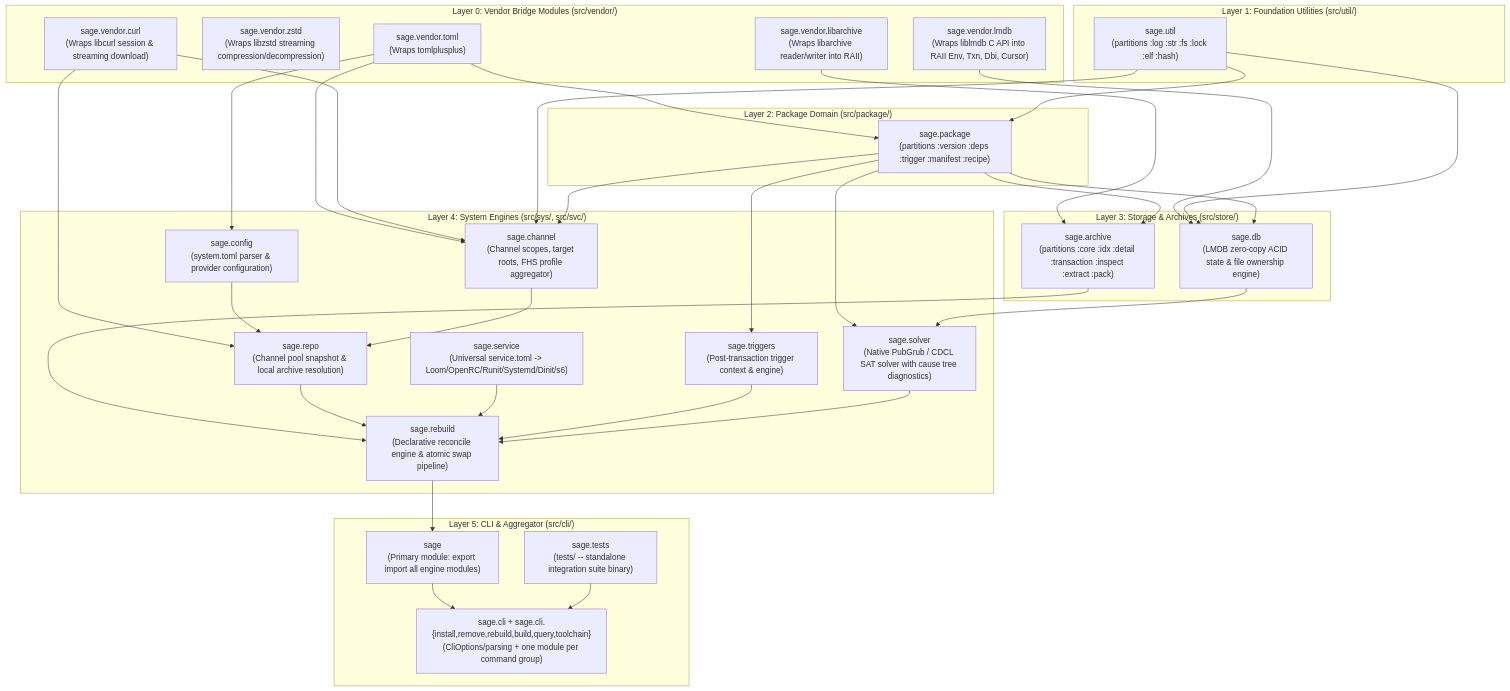
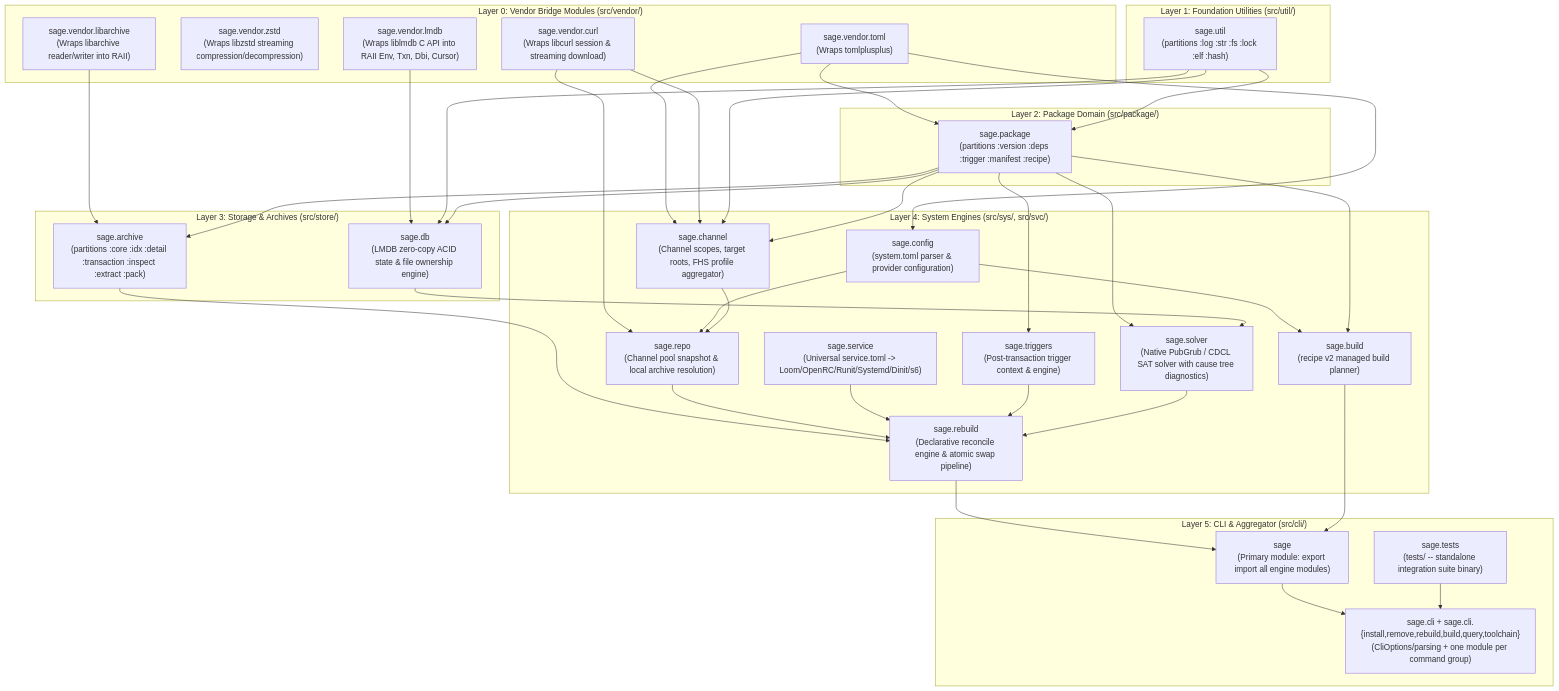
Before and after one commit to sclinuxdev/sage: the diagram in docs/MODULES.md, drawn with Mermaid. The commit also changed other lines of this file and 31 other files, not shown here.

````diff
--- a/docs/MODULES.md
+++ b/docs/MODULES.md
@@ -9,66 +9,70 @@
 ```mermaid
 graph TD
     subgraph Layer0["Layer 0: Vendor Bridge Modules (src/vendor/)"]
         LMDB["sage.vendor.lmdb<br/>(Wraps liblmdb C API into RAII Env, Txn, Dbi, Cursor)"]
         ZSTD["sage.vendor.zstd<br/>(Wraps libzstd streaming compression/decompression)"]
         TOML["sage.vendor.toml<br/>(Wraps tomlplusplus)"]
         CURL["sage.vendor.curl<br/>(Wraps libcurl session & streaming download)"]
         LIBARCHIVE["sage.vendor.libarchive<br/>(Wraps libarchive reader/writer into RAII)"]
     end
 
     subgraph Layer1["Layer 1: Foundation Utilities (src/util/)"]
         UTIL["sage.util<br/>(partitions :log :str :fs :lock :elf :hash)"]
     end
 
     subgraph Layer2["Layer 2: Package Domain (src/package/)"]
         PKG["sage.package<br/>(partitions :version :deps :trigger :manifest :recipe)"]
     end
 
     subgraph Layer3["Layer 3: Storage & Archives (src/store/)"]
         DB["sage.db<br/>(LMDB zero-copy ACID state & file ownership engine)"]
         ARCH["sage.archive<br/>(partitions :core :idx :detail :transaction :inspect :extract :pack)"]
     end
 
     subgraph Layer4["Layer 4: System Engines (src/sys/, src/svc/)"]
         CONFIG["sage.config<br/>(system.toml parser & provider configuration)"]
+        BUILD["sage.build<br/>(recipe v2 managed build planner)"]
         CHAN["sage.channel<br/>(Channel scopes, target roots, FHS profile aggregator)"]
         SVC["sage.service<br/>(Universal service.toml -> Loom/OpenRC/Runit/Systemd/Dinit/s6)"]
         REPO["sage.repo<br/>(Channel pool snapshot & local archive resolution)"]
         SOLVER["sage.solver<br/>(Native PubGrub / CDCL SAT solver with cause tree diagnostics)"]
         TRIGGERS["sage.triggers<br/>(Post-transaction trigger context & engine)"]
         REBUILD["sage.rebuild<br/>(Declarative reconcile engine & atomic swap pipeline)"]
     end
 
     subgraph Layer5["Layer 5: CLI & Aggregator (src/cli/)"]
         ROOT["sage<br/>(Primary module: export import all engine modules)"]
         CLI["sage.cli + sage.cli.{install,remove,rebuild,build,query,toolchain}<br/>(CliOptions/parsing + one module per command group)"]
         TESTS["sage.tests<br/>(tests/ -- standalone integration suite binary)"]
     end
 
     LMDB --> DB
     LIBARCHIVE --> ARCH
     TOML --> CONFIG
     TOML --> PKG
     TOML --> CHAN
     CURL --> CHAN
     CURL --> REPO
     UTIL --> PKG
     UTIL --> DB
     UTIL --> CHAN
     PKG --> DB
     PKG --> CHAN
     PKG --> ARCH
     PKG --> SOLVER
     PKG --> TRIGGERS
     CONFIG --> REPO
+    CONFIG --> BUILD
+    PKG --> BUILD
     CHAN --> REPO
     ARCH --> REBUILD
     DB --> SOLVER
     REPO --> REBUILD
     SVC --> REBUILD
     TRIGGERS --> REBUILD
     SOLVER --> REBUILD
     REBUILD --> ROOT
+    BUILD --> ROOT
     ROOT --> CLI
     TESTS --> CLI
 ```
````
